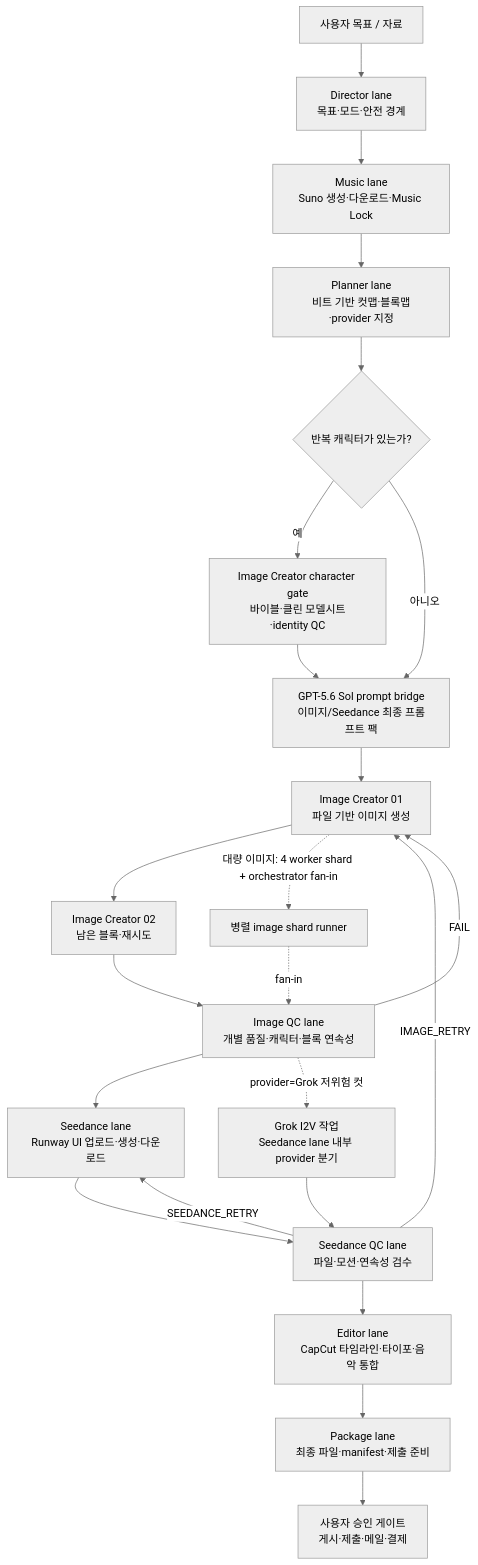
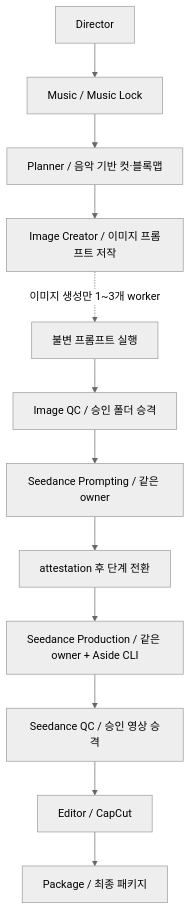
Before and after one commit to GnuDaSsa/video-team-workflow: the diagram in runtime/AGENTS.md, drawn with Mermaid (neutral theme). The commit also changed other lines of this file and 83 other files, not shown here.

Commit message:
영상팀 경량화: 단일 owner 프롬프트·Aside 실행·검증 배포 정합성

````diff
--- a/runtime/AGENTS.md
+++ b/runtime/AGENTS.md
@@ -39,25 +21,14 @@
 ```mermaid
 flowchart TD
-    U["사용자 목표 / 자료"] --> D["Director lane<br/>목표·모드·안전 경계"]
-    D --> M["Music lane<br/>Suno 생성·다운로드·Music Lock"]
-    M --> P["Planner lane<br/>비트 기반 컷맵·블록맵·provider 지정"]
-    P --> C{"반복 캐릭터가 있는가?"}
-    C -- "예" --> CS["Image Creator character gate<br/>바이블·클린 모델시트·identity QC"]
-    C -- "아니오" --> S["GPT-5.6 Sol prompt bridge<br/>이미지/Seedance 최종 프롬프트 팩"]
-    CS --> S
-    S --> I1["Image Creator 01<br/>파일 기반 이미지 생성"]
-    I1 --> I2["Image Creator 02<br/>남은 블록·재시도"]
-    I1 -. "대량 이미지: 4 worker shard + orchestrator fan-in" .-> SH["병렬 image shard runner"]
-    SH -. "fan-in" .-> IQ
-    I2 --> IQ["Image QC lane<br/>개별 품질·캐릭터·블록 연속성"]
-    IQ --> SD["Seedance lane<br/>Runway UI 업로드·생성·다운로드"]
-    IQ -. "provider=Grok 저위험 컷" .-> GR["Grok I2V 작업<br/>Seedance lane 내부 provider 분기"]
-    SD --> SQ["Seedance QC lane<br/>파일·모션·연속성 검수"]
-    GR --> SQ
-    SQ --> E["Editor lane<br/>CapCut 타임라인·타이포·음악 통합"]
-    E --> PK["Package lane<br/>최종 파일·manifest·제출 준비"]
-    PK --> UA["사용자 승인 게이트<br/>게시·제출·메일·결제"]
-    IQ -- "FAIL" --> I1
-    SQ -- "IMAGE_RETRY" --> I1
-    SQ -- "SEEDANCE_RETRY" --> SD
+  D["Director"] --> M["Music / Music Lock"]
+  M --> P["Planner / 음악 기반 컷·블록맵"]
+  P --> I["Image Creator / 이미지 프롬프트 저작"]
+  I -. "이미지 생성만 1~3개 worker" .-> W["불변 프롬프트 실행"]
+  W --> IQ["Image QC / 승인 폴더 승격"]
+  IQ --> SP["Seedance Prompting / 같은 owner"]
+  SP --> SU["attestation 후 단계 전환"]
+  SU --> SX["Seedance Production / 같은 owner + Aside CLI"]
+  SX --> SQ["Seedance QC / 승인 영상 승격"]
+  SQ --> E["Editor / CapCut"]
+  E --> K["Package / 최종 패키지"]
 ```
````
